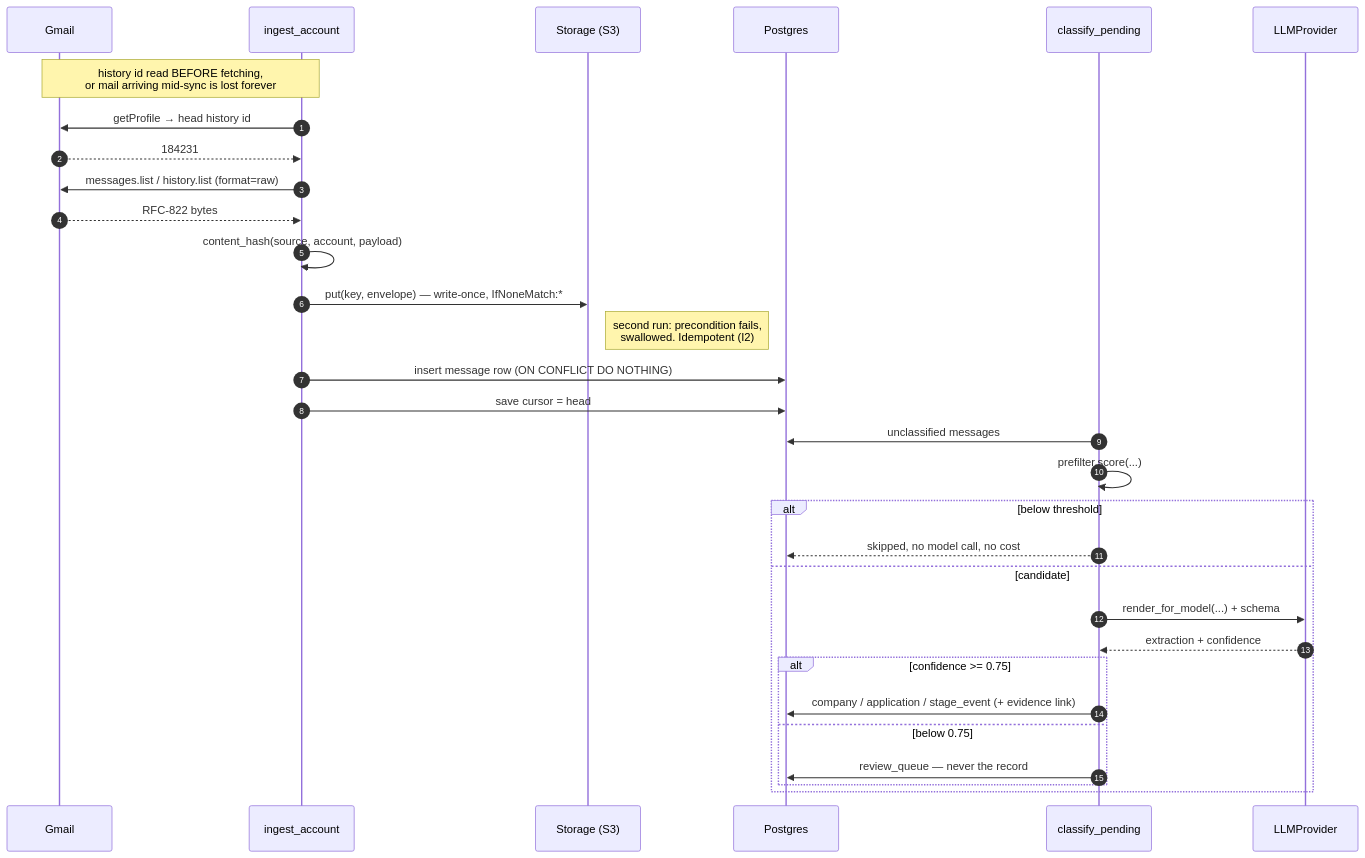
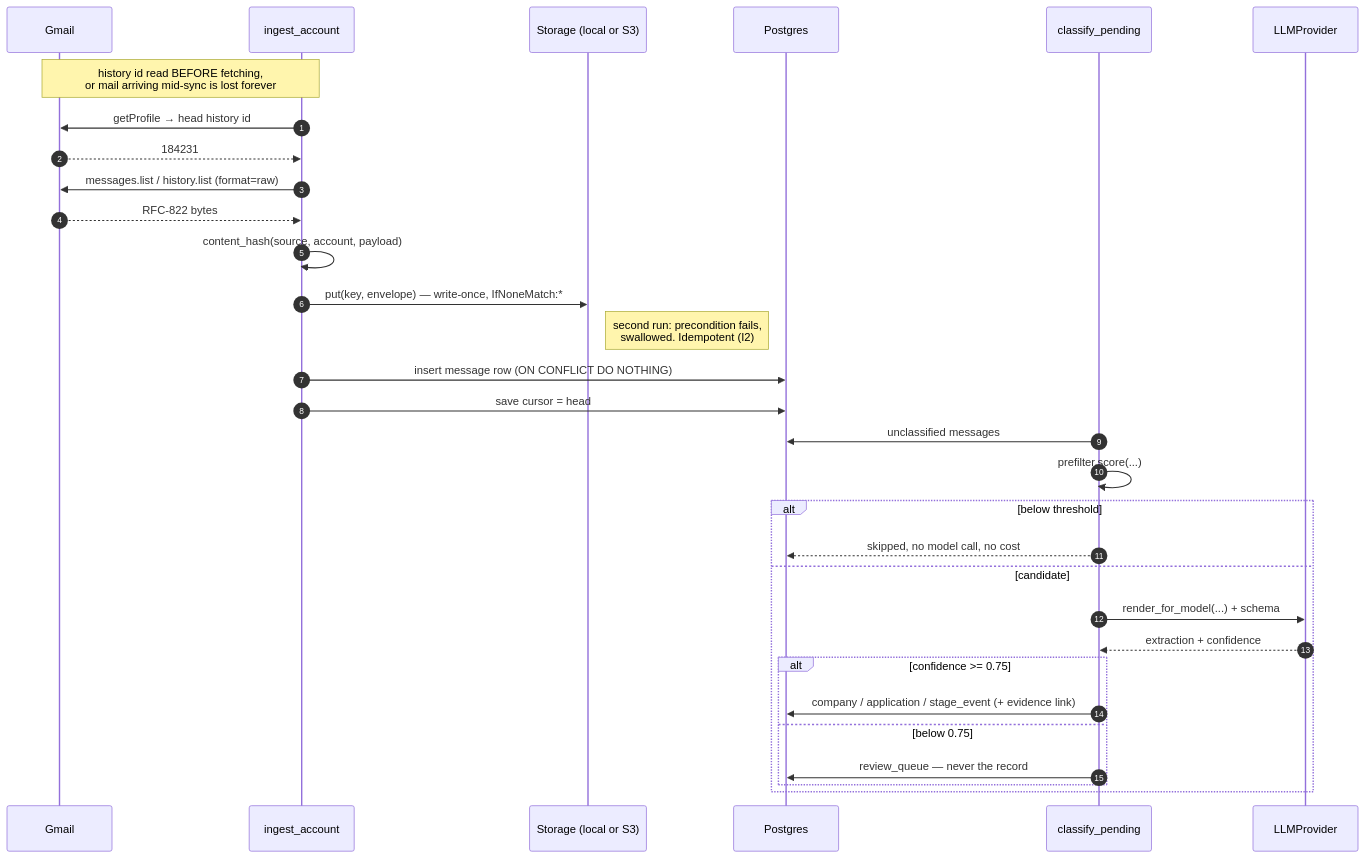
Before and after one commit to rsaim/jobd: the second of 3 diagrams in docs/architecture.md, drawn with Mermaid. The commit also changed other lines of this file and 50 other files, not shown here.

````diff
--- a/docs/architecture.md
+++ b/docs/architecture.md
@@ -83,36 +83,36 @@
 ```mermaid
 sequenceDiagram
     autonumber
     participant G as Gmail
     participant I as ingest_account
-    participant S as Storage (S3)
+    participant S as Storage (local or S3)
     participant P as Postgres
     participant C as classify_pending
     participant M as LLMProvider
 
     Note over I,G: history id read BEFORE fetching,<br/>or mail arriving mid-sync is lost forever
     I->>G: getProfile → head history id
     G-->>I: 184231
     I->>G: messages.list / history.list (format=raw)
     G-->>I: RFC-822 bytes
 
     I->>I: content_hash(source, account, payload)
     I->>S: put(key, envelope) — write-once, IfNoneMatch:*
     Note right of S: second run: precondition fails,<br/>swallowed. Idempotent (I2)
     I->>P: insert message row (ON CONFLICT DO NOTHING)
     I->>P: save cursor = head
 
     C->>P: unclassified messages
     C->>C: prefilter.score(...)
     alt below threshold
         C-->>P: skipped, no model call, no cost
     else candidate
         C->>M: render_for_model(...) + schema
         M-->>C: extraction + confidence
         alt confidence >= 0.75
             C->>P: company / application / stage_event (+ evidence link)
         else below 0.75
             C->>P: review_queue — never the record
         end
     end
 ```
````
